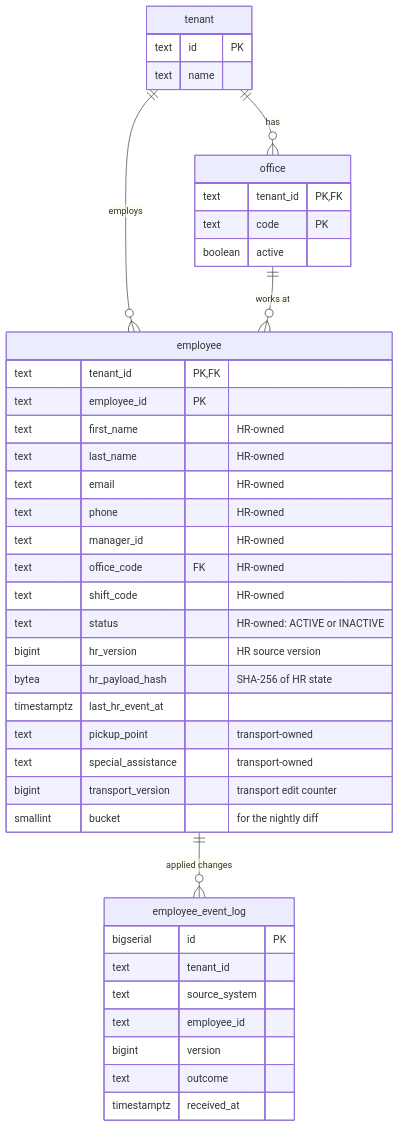
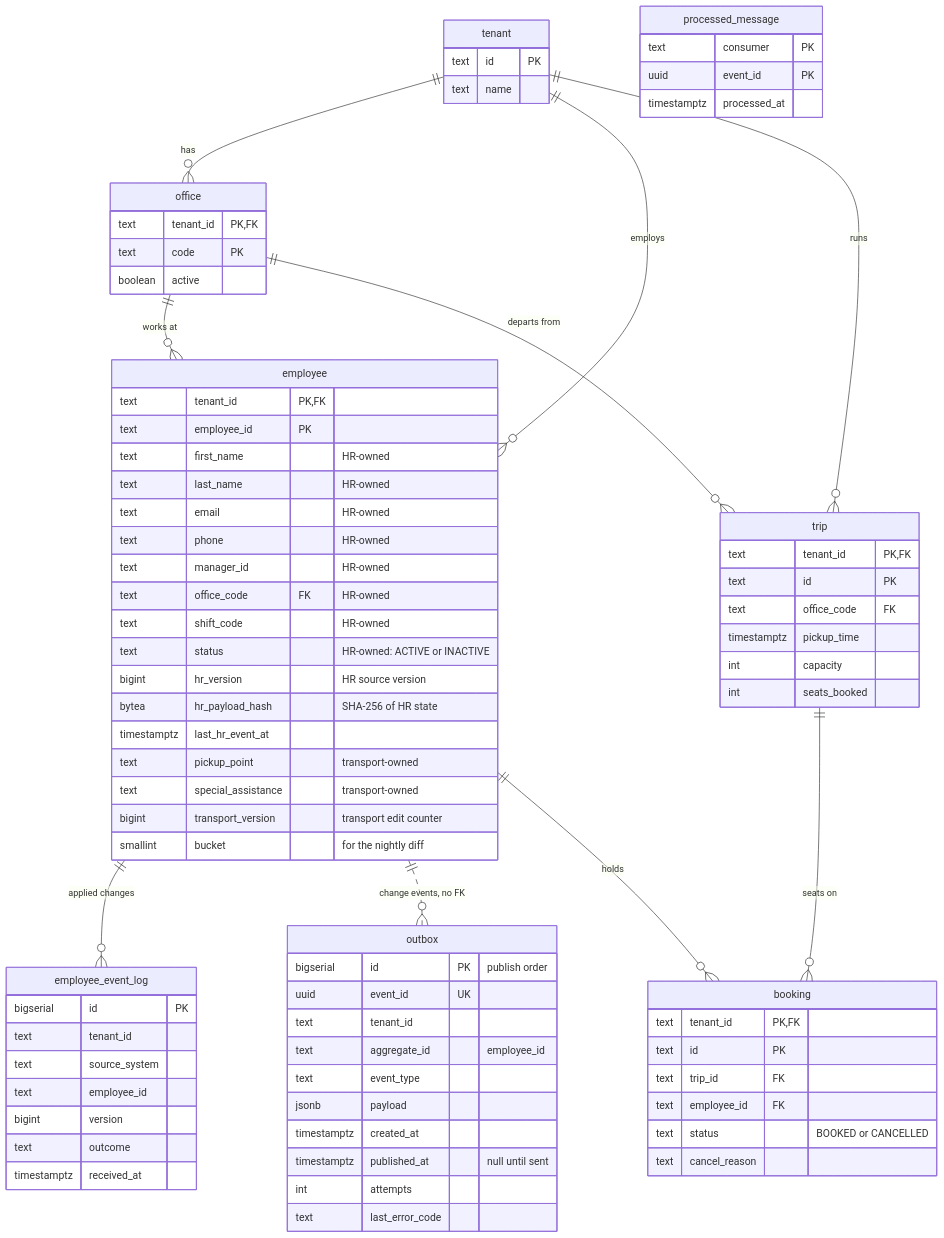
One commit to Hemal2005/Hr_Roster_Sync changed the ninth of 10 diagrams in README.md. Above: the diagram before and after it, drawn with Mermaid. The commit also changed other lines of this file and 1 other file, not shown here.

Commit message:
docs(readme): add outbox, trip, booking and processed_message to the data model
The data model section was written when only V1 existed and still
described four tables. It now covers every table from V1-V4: the
diagram and table add outbox (written in the same transaction as the
employee change), trip, booking and processed_message.

It also corrects the claim that every key starts with tenant_id: that
holds for client-owned tables, but outbox is keyed by its sequence and
processed_message by event id. The same correction is made in the
tests-by-problem catalogue.

````diff
--- a/README.md
+++ b/README.md
@@ -1054,6 +1054,11 @@
     tenant ||--o{ employee : employs
     office ||--o{ employee : "works at"
     employee ||--o{ employee_event_log : "applied changes"
+    employee ||..o{ outbox : "change events, no FK"
+    tenant ||--o{ trip : runs
+    office ||--o{ trip : "departs from"
+    trip ||--o{ booking : "seats on"
+    employee ||--o{ booking : holds
 
     tenant {
         text id PK
@@ -1092,4 +1097,37 @@
         text outcome
         timestamptz received_at
     }
+    outbox {
+        bigserial id PK "publish order"
+        uuid event_id UK
+        text tenant_id
+        text aggregate_id "employee_id"
+        text event_type
+        jsonb payload
+        timestamptz created_at
+        timestamptz published_at "null until sent"
+        int attempts
+        text last_error_code
+    }
+    trip {
+        text tenant_id PK,FK
+        text id PK
+        text office_code FK
+        timestamptz pickup_time
+        int capacity
+        int seats_booked
+    }
+    booking {
+        text tenant_id PK,FK
+        text id PK
+        text trip_id FK
+        text employee_id FK
+        text status "BOOKED or CANCELLED"
+        text cancel_reason
+    }
+    processed_message {
+        text consumer PK
+        uuid event_id PK
+        timestamptz processed_at
+    }
 ```
````
